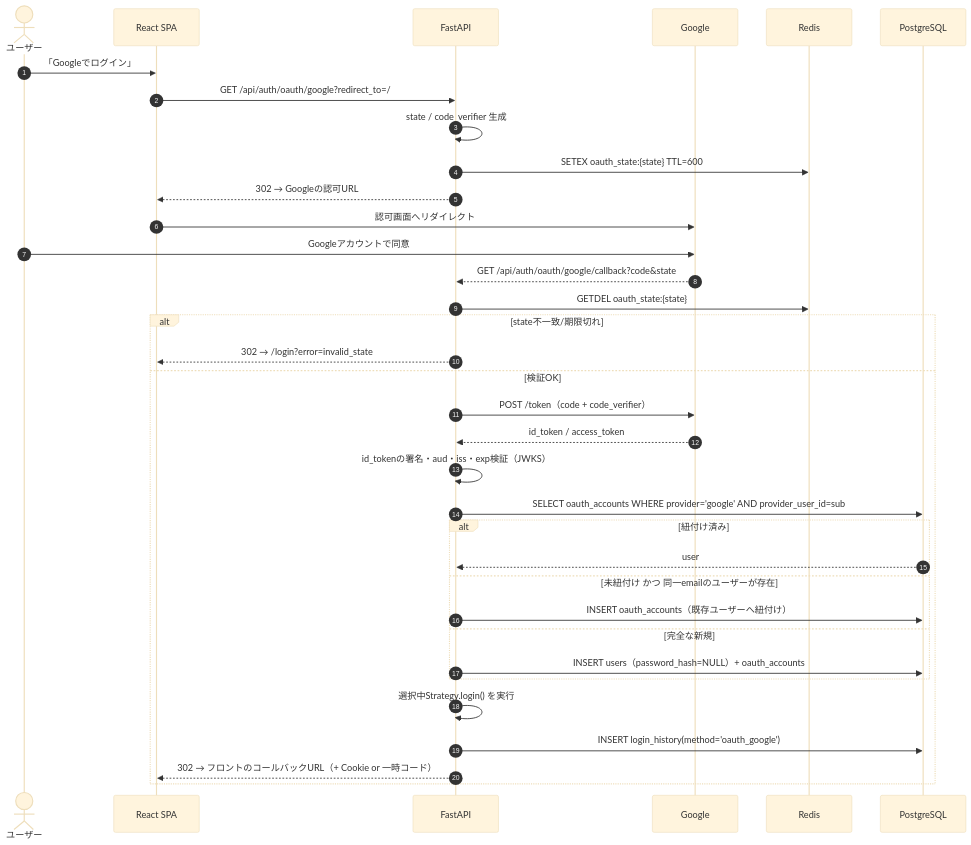
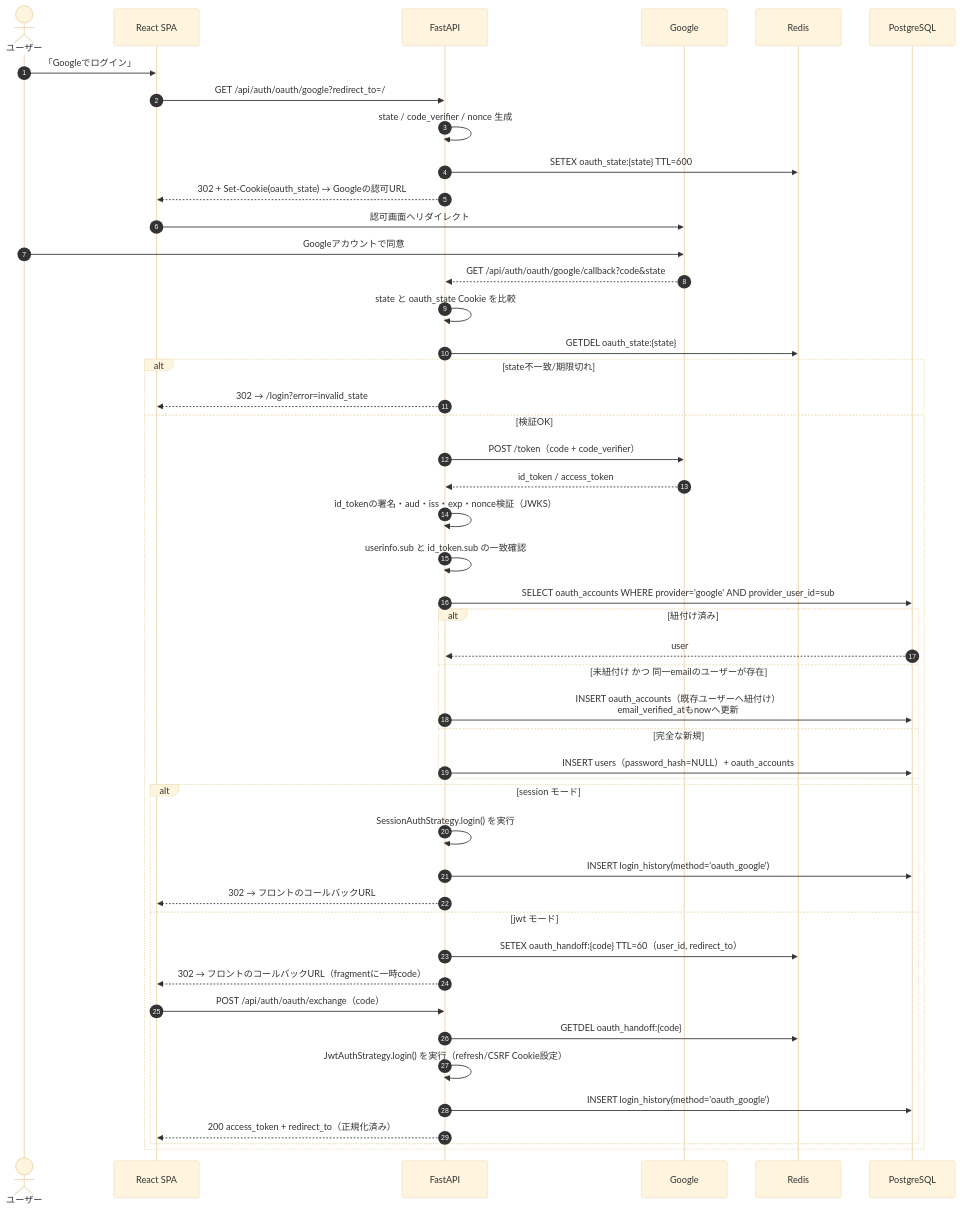
The sixth of 10 diagrams in basic_design/03_auth.md (oikawa-d/task_management), drawn with Mermaid (base theme) before and after one commit. The commit also changed other lines of this file and 15 other files, not shown here.

````diff
--- a/basic_design/03_auth.md
+++ b/basic_design/03_auth.md
@@ -227,38 +236,50 @@
 ```mermaid
 sequenceDiagram
     autonumber
     actor U as ユーザー
     participant FE as React SPA
     participant API as FastAPI
     participant G as Google
     participant RD as Redis
     participant PG as PostgreSQL
 
     U->>FE: 「Googleでログイン」
     FE->>API: GET /api/auth/oauth/google?redirect_to=/
-    API->>API: state / code_verifier 生成
+    API->>API: state / code_verifier / nonce 生成
     API->>RD: SETEX oauth_state:{state} TTL=600
-    API-->>FE: 302 → Googleの認可URL
+    API-->>FE: 302 + Set-Cookie(oauth_state) → Googleの認可URL
     FE->>G: 認可画面へリダイレクト
     U->>G: Googleアカウントで同意
     G-->>API: GET /api/auth/oauth/google/callback?code&state
+    API->>API: state と oauth_state Cookie を比較
     API->>RD: GETDEL oauth_state:{state}
     alt state不一致/期限切れ
         API-->>FE: 302 → /login?error=invalid_state
     else 検証OK
         API->>G: POST /token（code + code_verifier）
         G-->>API: id_token / access_token
-        API->>API: id_tokenの署名・aud・iss・exp検証（JWKS）
+        API->>API: id_tokenの署名・aud・iss・exp・nonce検証（JWKS）
+        API->>API: userinfo.sub と id_token.sub の一致確認
         API->>PG: SELECT oauth_accounts WHERE provider='google' AND provider_user_id=sub
         alt 紐付け済み
             PG-->>API: user
         else 未紐付け かつ 同一emailのユーザーが存在
-            API->>PG: INSERT oauth_accounts（既存ユーザーへ紐付け）
+            API->>PG: INSERT oauth_accounts（既存ユーザーへ紐付け）<br/>email_verified_atもnowへ更新
         else 完全な新規
             API->>PG: INSERT users（password_hash=NULL）+ oauth_accounts
         end
-        API->>API: 選択中Strategy.login() を実行
-        API->>PG: INSERT login_history(method='oauth_google')
-        API-->>FE: 302 → フロントのコールバックURL（+ Cookie or 一時コード）
+        alt session モード
+            API->>API: SessionAuthStrategy.login() を実行
+            API->>PG: INSERT login_history(method='oauth_google')
+            API-->>FE: 302 → フロントのコールバックURL#redirect_to=...（Cookie設定済み）
+        else jwt モード
+            API->>RD: SETEX oauth_handoff:{code} TTL=60（user_id, redirect_to）
+            API-->>FE: 302 → フロントのコールバックURL（fragmentに一時code）
+            FE->>API: POST /api/auth/oauth/exchange（code）
+            API->>RD: GETDEL oauth_handoff:{code}
+            API->>API: JwtAuthStrategy.login() を実行（refresh/CSRF Cookie設定）
+            API->>PG: INSERT login_history(method='oauth_google')
+            API-->>FE: 200 access_token + redirect_to（正規化済み）
+        end
     end
 ```
````
